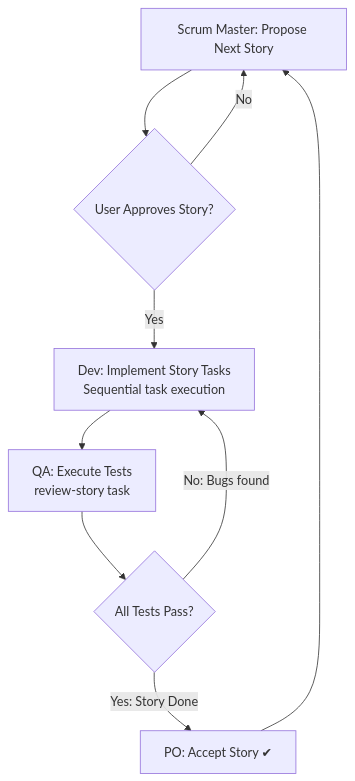
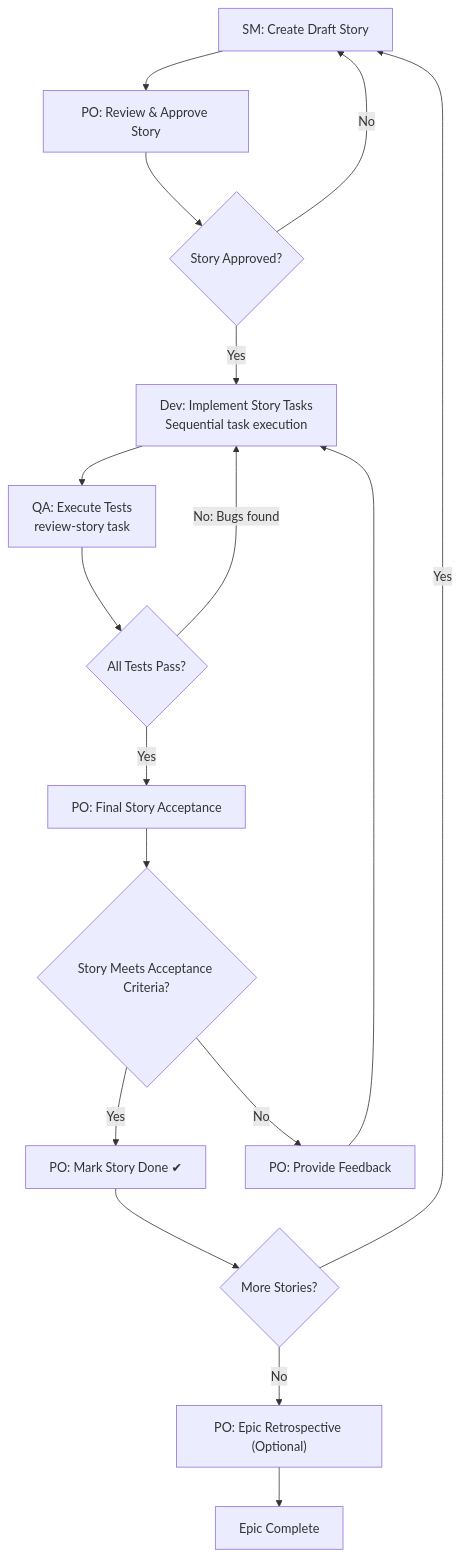
One commit to hitesh-goel/BMAD-METHOD changed the third of 20 diagrams in diagrams.md. Above: the diagram before and after it, drawn with Mermaid. The commit also changed other lines of this file, not shown here.

Commit message:
refactor: enhance flowchart in diagrams.md to clarify the Agile workflow, updating roles and processes for improved understanding and documentation accuracy

````diff
--- a/diagrams.md
+++ b/diagrams.md
@@ -53,11 +53,19 @@
 ```mermaid
 flowchart TD
-    A["Scrum Master: Propose Next Story"] --> B{"User Approves Story?"}
-    B -->|Yes| C["Dev: Implement Story Tasks<br/>Sequential task execution"]
-    B -->|No| A
-    C --> D["QA: Execute Tests<br/>review-story task"]
-    D --> E{"All Tests Pass?"}
-    E -->|No: Bugs found| C
-    E -->|Yes: Story Done| F["PO: Accept Story ✔"]
-    F --> A
+    A["SM: Create Draft Story"] --> B["PO: Review & Approve Story"]
+    B --> C{"Story Approved?"}
+    C -->|Yes| D["Dev: Implement Story Tasks<br/>Sequential task execution"]
+    C -->|No| A
+    D --> E["QA: Execute Tests<br/>review-story task"]
+    E --> F{"All Tests Pass?"}
+    F -->|No: Bugs found| D
+    F -->|Yes| G["PO: Final Story Acceptance"]
+    G --> H{"Story Meets Acceptance Criteria?"}
+    H -->|Yes| I["PO: Mark Story Done ✔"]
+    H -->|No| J["PO: Provide Feedback"]
+    J --> D
+    I --> K{"More Stories?"}
+    K -->|Yes| A
+    K -->|No| L["PO: Epic Retrospective (Optional)"]
+    L --> M["Epic Complete"]
 ```
````
